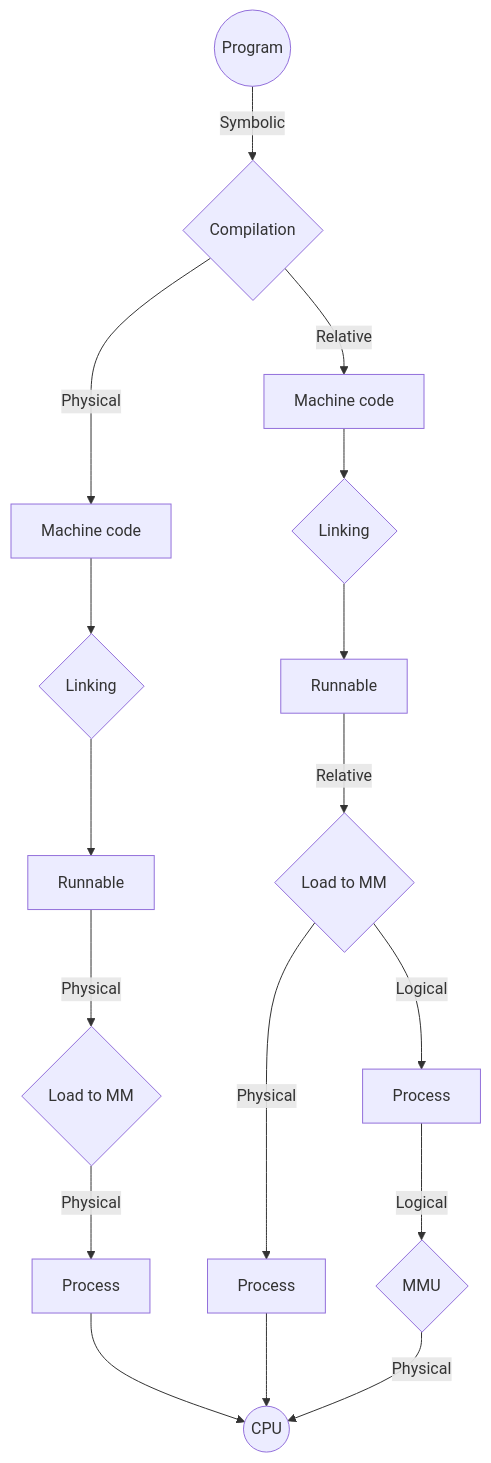
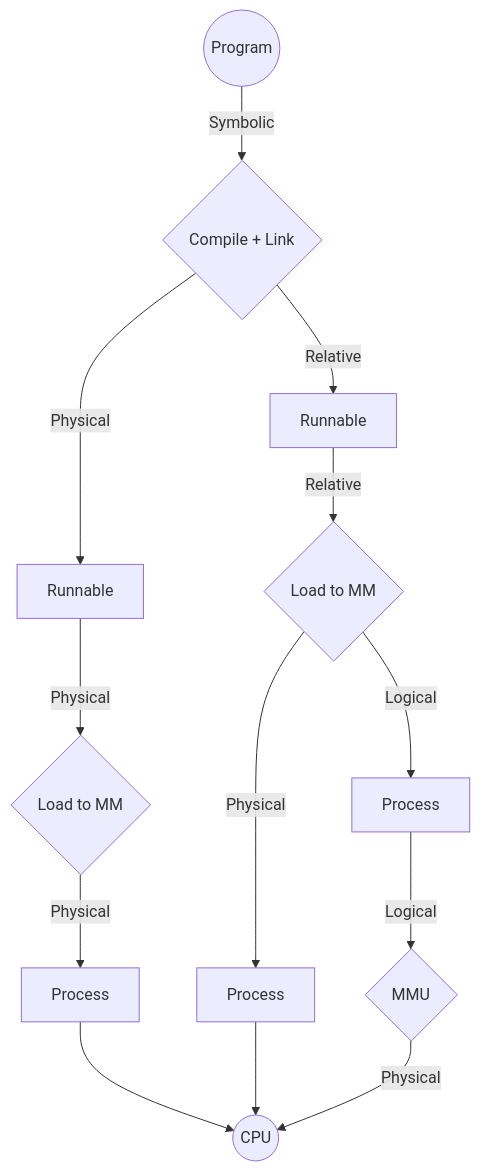
The diagram in CS/OS/data/43_addressing.md (angelromarco04/MyNotes), drawn with Mermaid before and after one commit. The commit also changed other lines of this file, not shown here.

````diff
--- a/CS/OS/data/43_addressing.md
+++ b/CS/OS/data/43_addressing.md
@@ -18,19 +17,15 @@
 ```mermaid
 graph TB
-    A((Program)) -- Symbolic --> B{Compilation}
-    B -- Physical --> C[Machine code]
-    B -- Relative --> D[Machine code]
-    C --> E{Linking}
-    D --> F{Linking}
-    E --> G[Runnable]
-    F --> H[Runnable]
+    A((Program)) -- Symbolic --> B{Compile + Link}
+    B -- Physical --> G[Runnable]
+    B -- Relative --> H[Runnable]
 	G -- Physical --> I{Load to MM}
     H -- Relative --> J{Load to MM}
     I -- Physical --> K[Process]
     J -- Physical --> L[Process]
     J -- Logical --> M[Process]
     M -- Logical --> N{MMU}
     N -- Physical --> Z((CPU))
     K --> Z
     L --> Z
 ```
````
